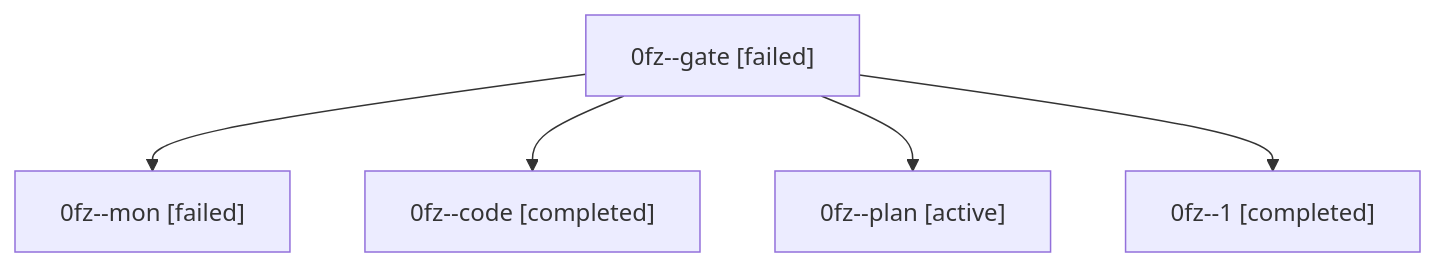
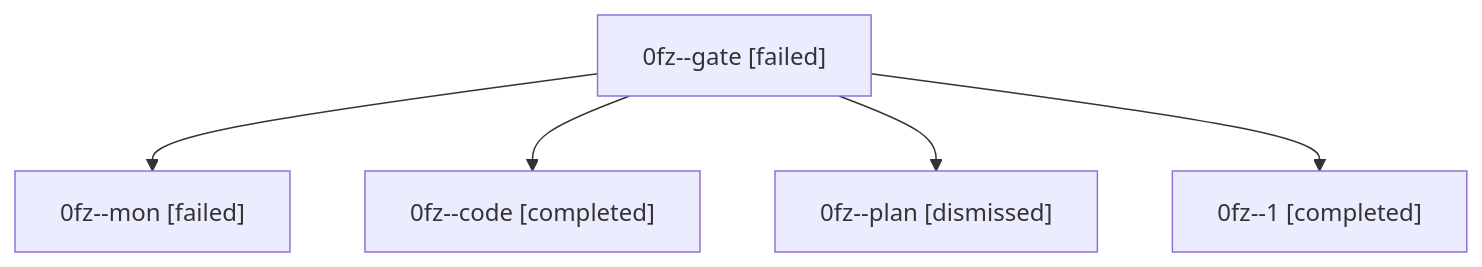
Before and after one commit to sase-org/sase--agents: the diagram in sessions/bbugyi200.athena.0fz.md, drawn with Mermaid. The commit also changed other lines of this file and 37 other files, not shown here.

````diff
--- a/sessions/bbugyi200.athena.0fz.md
+++ b/sessions/bbugyi200.athena.0fz.md
@@ -9,12 +9,12 @@
 ```mermaid
 flowchart TD
   n0["0fz--gate [failed]"]
   n1["0fz--mon [failed]"]
   n0 --> n1
   n2["0fz--code [completed]"]
   n0 --> n2
-  n3["0fz--plan [active]"]
+  n3["0fz--plan [dismissed]"]
   n0 --> n3
   n4["0fz--1 [completed]"]
   n0 --> n4
 ```
````
